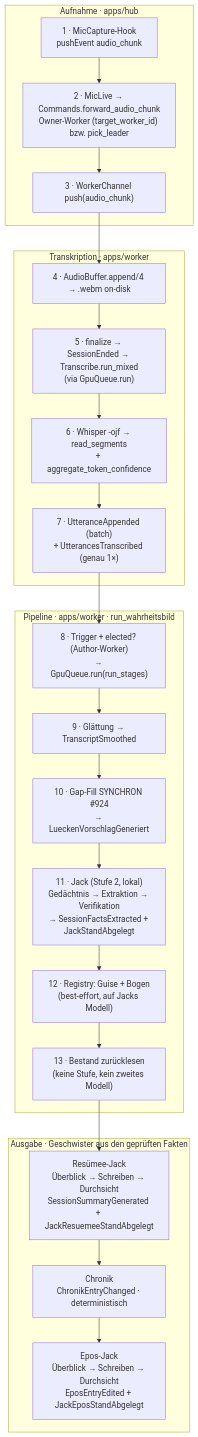
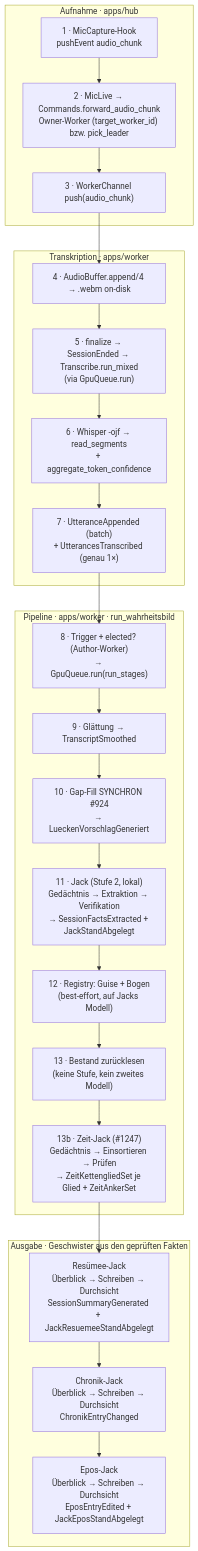
The diagram in docs/Pipeline-Flow.md (thschwald-byte/lore-tracker), drawn with Mermaid before and after one commit. The commit also changed other lines of this file and 3 other files, not shown here.

````diff
--- a/docs/Pipeline-Flow.md
+++ b/docs/Pipeline-Flow.md
@@ -21,33 +21,34 @@
 ```mermaid
 flowchart TD
   subgraph A["Aufnahme · apps/hub"]
     A1["1 · MicCapture-Hook<br/>pushEvent audio_chunk"]
     A2["2 · MicLive → Commands.forward_audio_chunk<br/>Owner-Worker (target_worker_id) bzw. pick_leader"]
     A3["3 · WorkerChannel push(audio_chunk)"]
   end
   subgraph B["Transkription · apps/worker"]
     B4["4 · AudioBuffer.append/4 → .webm on-disk"]
     B5["5 · finalize → SessionEnded → Transcribe.run_mixed<br/>(via GpuQueue.run)"]
     B6["6 · Whisper -ojf → read_segments<br/>+ aggregate_token_confidence"]
     B7["7 · UtteranceAppended (batch)<br/>+ UtterancesTranscribed (genau 1×)"]
   end
   subgraph C["Pipeline · apps/worker · run_wahrheitsbild"]
     C8["8 · Trigger + elected? (Author-Worker)<br/>→ GpuQueue.run(run_stages)"]
     C9["9 · Glättung → TranscriptSmoothed"]
     C10["10 · Gap-Fill SYNCHRON #924<br/>→ LueckenVorschlagGeneriert"]
     C11["11 · Jack (Stufe 2, lokal)<br/>Gedächtnis → Extraktion → Verifikation<br/>→ SessionFactsExtracted + JackStandAbgelegt"]
     C12["12 · Registry: Guise + Bogen<br/>(best-effort, auf Jacks Modell)"]
     C13["13 · Bestand zurücklesen<br/>(keine Stufe, kein zweites Modell)"]
+    C13b["13b · Zeit-Jack (#1247)<br/>Gedächtnis → Einsortieren → Prüfen<br/>→ ZeitKettengliedSet je Glied + ZeitAnkerSet"]
   end
   subgraph OUT["Ausgabe · Geschwister aus den geprüften Fakten"]
     O1["Resümee-Jack<br/>Überblick → Schreiben → Durchsicht<br/>SessionSummaryGenerated + JackResuemeeStandAbgelegt"]
-    O2["Chronik<br/>ChronikEntryChanged · deterministisch"]
+    O2["Chronik-Jack<br/>Überblick → Schreiben → Durchsicht<br/>ChronikEntryChanged"]
     O3["Epos-Jack<br/>Überblick → Schreiben → Durchsicht<br/>EposEntryEdited + JackEposStandAbgelegt"]
   end
   A1 --> A2 --> A3 --> B4
   B4 --> B5 --> B6 --> B7 --> C8
-  C8 --> C9 --> C10 --> C11 --> C12 --> C13
-  C13 --> O1
+  C8 --> C9 --> C10 --> C11 --> C12 --> C13 --> C13b
+  C13b --> O1
   O1 --> O2
   O2 --> O3
 ```
````
